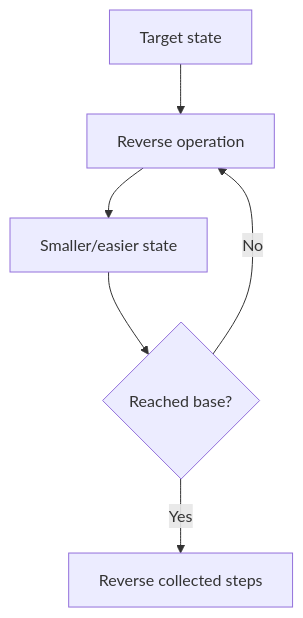
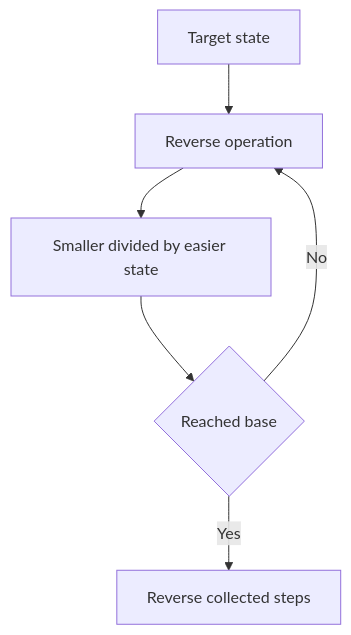
Diagram 15 of 25 in CP_DSA_NOTES/002_CONCEPT_FRAMEWORK_FORMS_TATICS/011_CONTRUCTIVE_ALGORITHMS_CFFT.md (mthaiseer/springcloud-systemdesign-notes), drawn with Mermaid before and after one commit. The commit also changed other lines of this file and 1 other file, not shown here.

````diff
--- a/CP_DSA_NOTES/002_CONCEPT_FRAMEWORK_FORMS_TATICS/011_CONTRUCTIVE_ALGORITHMS_CFFT.md
+++ b/CP_DSA_NOTES/002_CONCEPT_FRAMEWORK_FORMS_TATICS/011_CONTRUCTIVE_ALGORITHMS_CFFT.md
@@ -1585,8 +1580,8 @@
 ```mermaid
 flowchart TD
-    A[Target state] --> B[Reverse operation]
-    B --> C[Smaller/easier state]
-    C --> D{Reached base?}
+    A["Target state"] --> B["Reverse operation"]
+    B --> C["Smaller divided by easier state"]
+    C --> D{"Reached base"}
     D -->|No| B
-    D -->|Yes| E[Reverse collected steps]
+    D -->|Yes| E["Reverse collected steps"]
 ```
````
